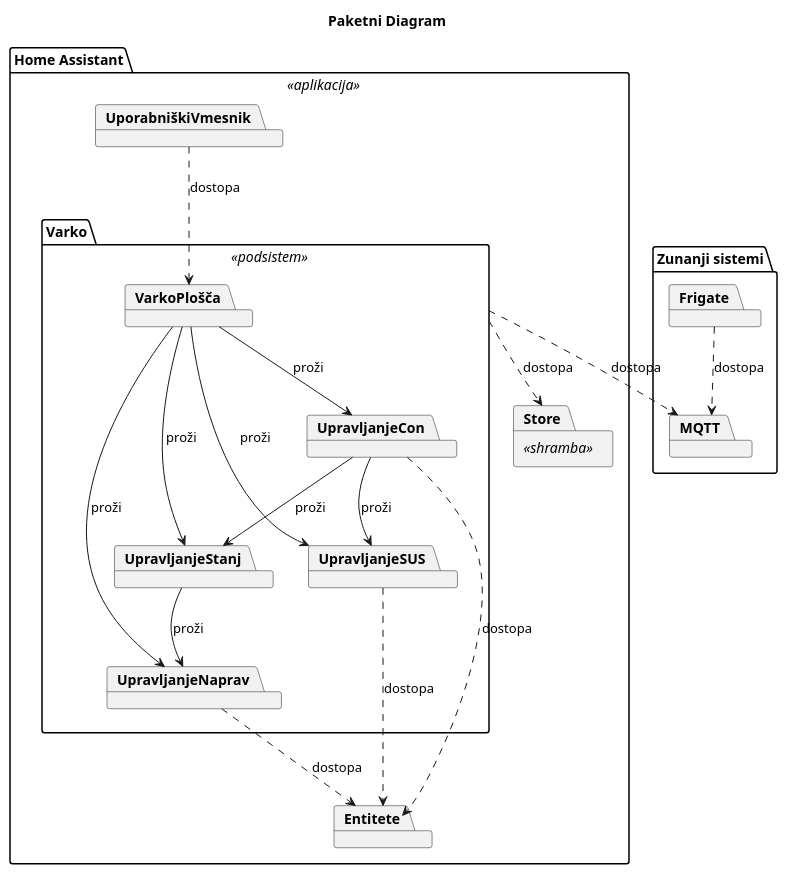
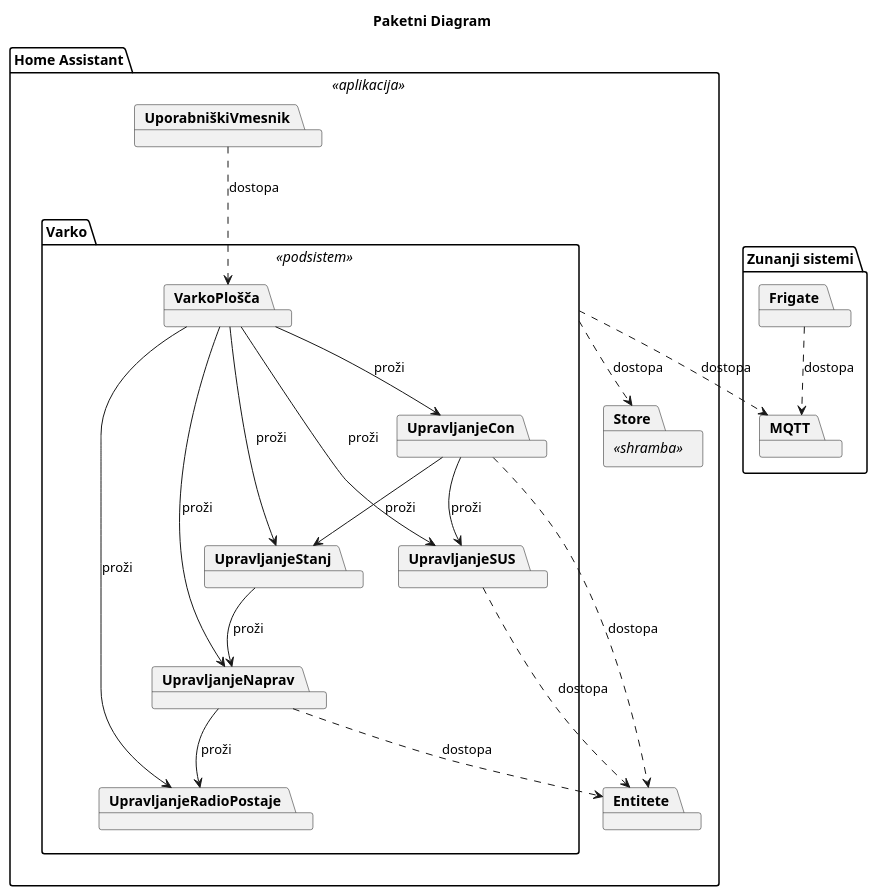
The diagram in docs/gradivo/plantuml/Izvedljiv sistem/diagram_paketni.puml (TPO-2024-2025/Varko), drawn with PlantUML before and after one commit. The commit also changed 35 other files, not shown here.

```diff
--- a/docs/gradivo/plantuml/Izvedljiv sistem/diagram_paketni.puml
+++ b/docs/gradivo/plantuml/Izvedljiv sistem/diagram_paketni.puml
@@ -1,39 +1,42 @@
 @startuml
 title Paketni Diagram
 
 package "Home Assistant" <<aplikacija>> {
 
     package "UporabniškiVmesnik"
     package "Store" <<shramba>>
     package "Entitete"
 
     package "Varko" <<podsistem>> {
         package "VarkoPlošča"
         package "UpravljanjeNaprav"
         package "UpravljanjeCon"
         package "UpravljanjeSUS"
         package "UpravljanjeStanj"
+        package "UpravljanjeRadioPostaje"
     }
 
 }
 
 package "Zunanji sistemi" {
      package "Frigate"
      package "MQTT"
 }
 
 UporabniškiVmesnik .-> VarkoPlošča : "dostopa"
 Varko .-> MQTT : "dostopa"
 Frigate .-> MQTT : "dostopa"
 UpravljanjeStanj --> UpravljanjeNaprav : "proži"
 UpravljanjeCon --> UpravljanjeStanj : "proži"
 UpravljanjeCon --> UpravljanjeSUS : "proži"
 VarkoPlošča --> UpravljanjeNaprav : "proži"
 VarkoPlošča --> UpravljanjeCon : "proži"
 VarkoPlošča --> UpravljanjeSUS : "proži"
 VarkoPlošča --> UpravljanjeStanj : "proži"
+VarkoPlošča --> UpravljanjeRadioPostaje : "proži"
 UpravljanjeNaprav .-> Entitete : "dostopa"
+UpravljanjeNaprav --> UpravljanjeRadioPostaje : "proži"
 UpravljanjeSUS .-> Entitete : "dostopa"
 UpravljanjeCon .-> Entitete : "dostopa"
 Varko .-> Store : "dostopa"
 @enduml
```
